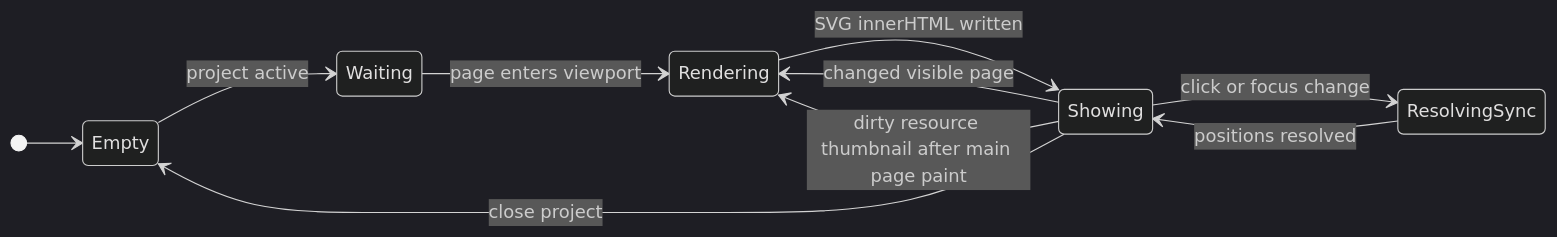
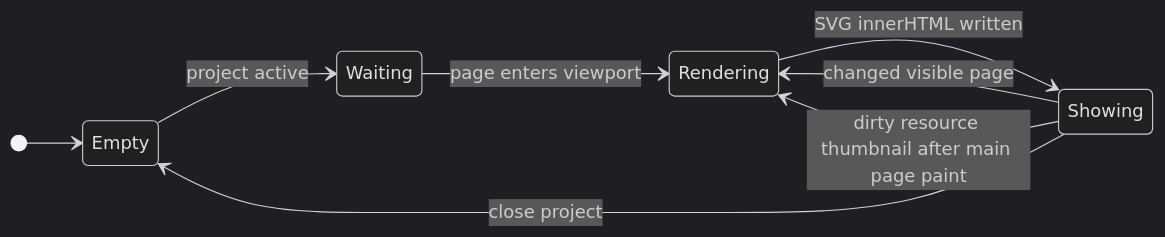
Before and after one commit to andmoreduro/ergo: the fourth of 5 diagrams in context/state-diagrams.md, drawn with Mermaid (dark theme). The commit also changed other lines of this file and 27 other files, not shown here.

First line of the commit message:
Simplify preview sync and remove dead caret/positions paths.

````diff
--- a/context/state-diagrams.md
+++ b/context/state-diagrams.md
@@ -73,14 +73,12 @@
 ```mermaid
 stateDiagram-v2
     direction LR
 
     [*] --> Empty
     Empty --> Waiting : project active
     Waiting --> Rendering : page enters viewport
     Rendering --> Showing : SVG innerHTML written
     Showing --> Rendering : changed visible page
     Showing --> Rendering : dirty resource thumbnail after main page paint
-    Showing --> ResolvingSync : click or focus change
-    ResolvingSync --> Showing : positions resolved
     Showing --> Empty : close project
 ```
````
